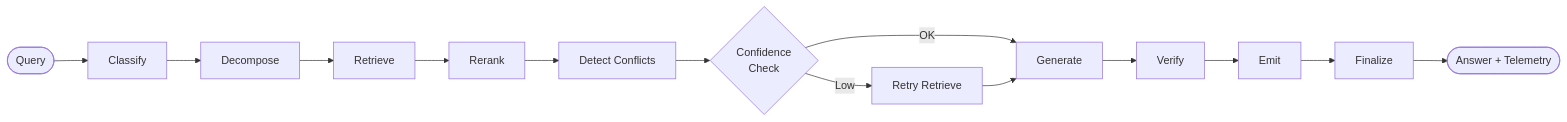
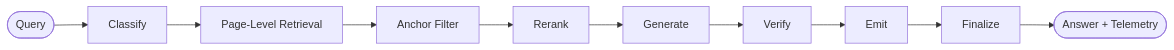
Before and after one commit to chernistry/shafi: the diagram in README.md, drawn with Mermaid. The commit also changed other lines of this file and 5 other files, not shown here.

````diff
--- a/README.md
+++ b/README.md
@@ -37,16 +37,12 @@
 ```mermaid
 graph LR
     Q([Query]) --> Classify
-    Classify --> Decompose
-    Decompose --> Retrieve
-    Retrieve --> Rerank
-    Rerank --> Conflicts["Detect Conflicts"]
-    Conflicts --> Confidence{"Confidence\nCheck"}
-    Confidence -->|Low| Retry["Retry Retrieve"]
-    Confidence -->|OK| Generate
-    Retry --> Generate
+    Classify --> PageRetrieval["Page-Level Retrieval"]
+    PageRetrieval --> AnchorFilter["Anchor Filter"]
+    AnchorFilter --> Rerank
+    Rerank --> Generate
     Generate --> Verify
     Verify --> Emit
     Emit --> Finalize
     Finalize --> A([Answer + Telemetry])
 ```
````
